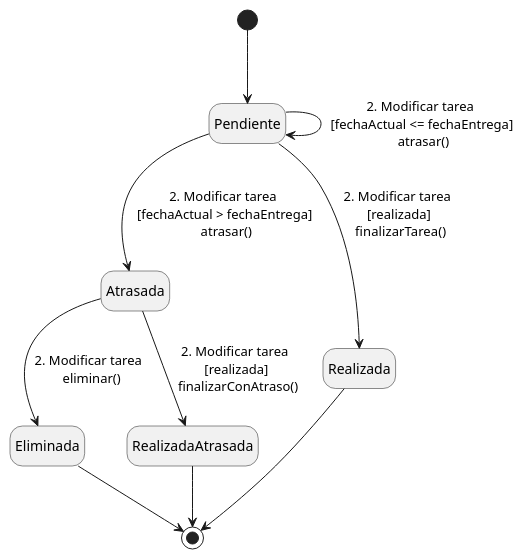
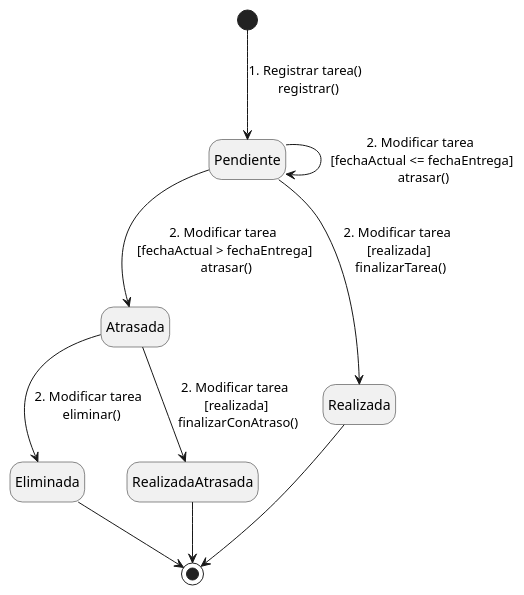
The first of 6 diagrams in Modelado/Diagramas.plantuml (AlexMassietti/Task_Flow), drawn with PlantUML before and after one commit. The commit also changed other lines of this file, not shown here.

```diff
--- a/Modelado/Diagramas.plantuml
+++ b/Modelado/Diagramas.plantuml
@@ -1,12 +1,12 @@
 @startuml MáquinaDeEstadosTarea
 hide empty description
-[*] --> Pendiente
+[*] --> Pendiente : 1. Registrar tarea() \n registrar()
 Pendiente --> Pendiente : 2. Modificar tarea \n [fechaActual <= fechaEntrega] \n atrasar()
 Pendiente --> Atrasada : 2. Modificar tarea \n [fechaActual > fechaEntrega] \n atrasar()
 Pendiente --> Realizada : 2. Modificar tarea \n [realizada] \n finalizarTarea()
 Atrasada --> Eliminada : 2. Modificar tarea \n eliminar()
 Atrasada --> RealizadaAtrasada : 2. Modificar tarea \n [realizada] \n finalizarConAtraso()
 Eliminada --> [*]
 Realizada --> [*]
 RealizadaAtrasada --> [*]
 @enduml
```
